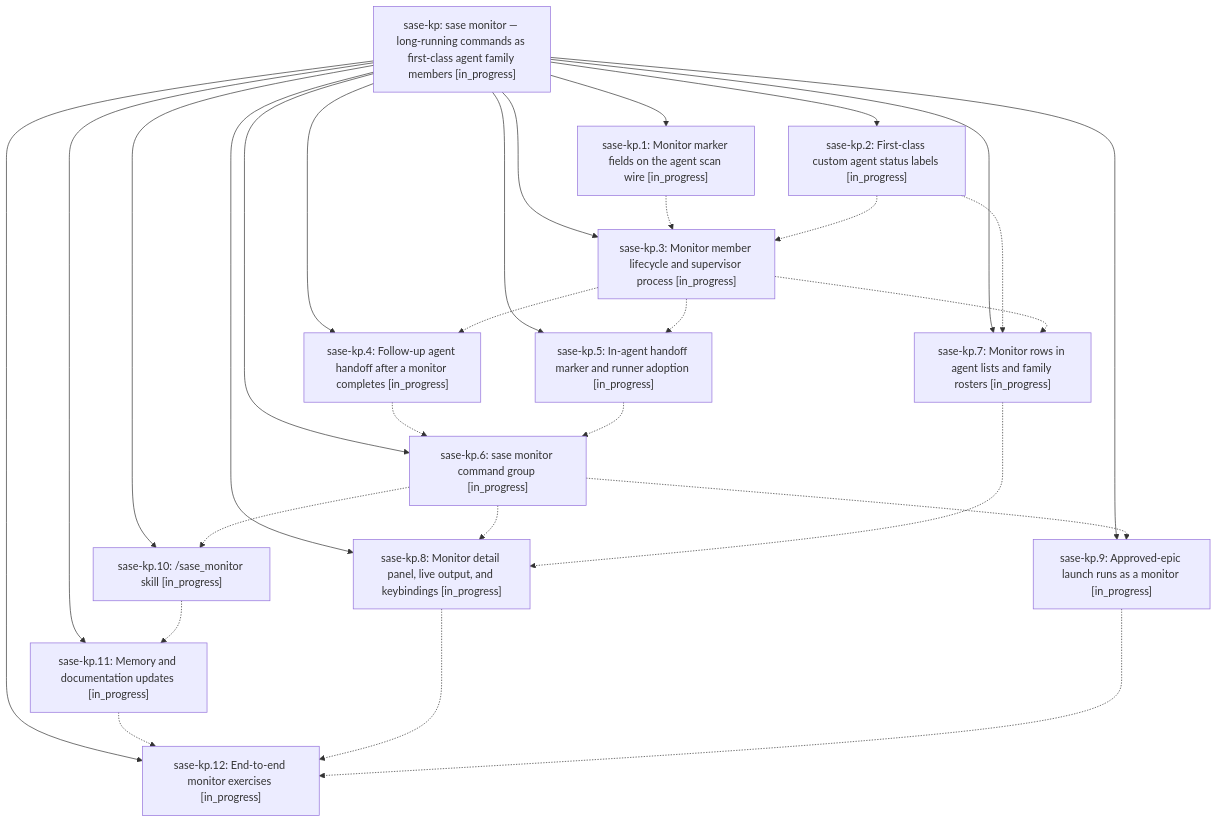
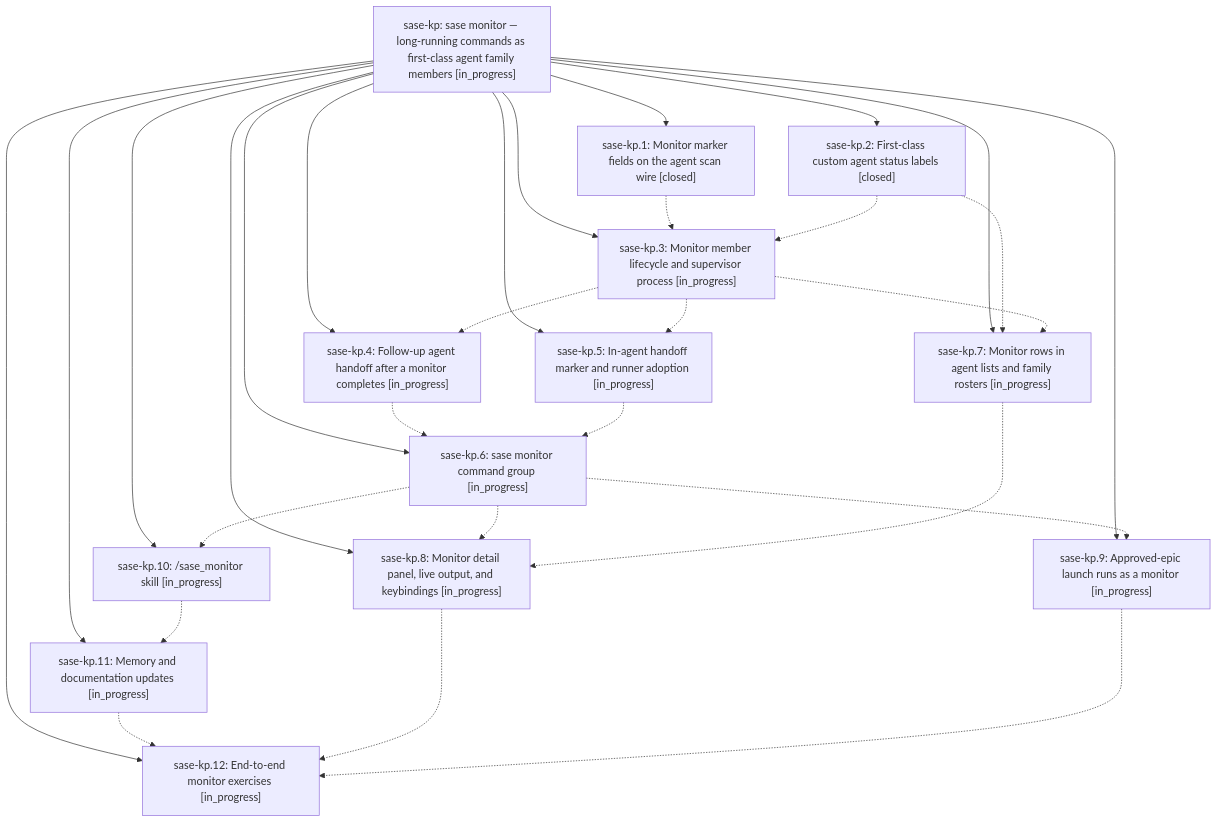
The diagram in pages/sase-kp/README.md (sase-org/sase--beads), drawn with Mermaid before and after one commit. The commit also changed other lines of this file and 4 other files, not shown here.

````diff
--- a/pages/sase-kp/README.md
+++ b/pages/sase-kp/README.md
@@ -33,44 +33,44 @@
 ```mermaid
 flowchart TD
     n0["sase-kp: sase monitor — long-running commands as first-class agent family members [in_progress]"]
-    n1["sase-kp.1: Monitor marker fields on the agent scan wire [in_progress]"]
+    n1["sase-kp.1: Monitor marker fields on the agent scan wire [closed]"]
     n2["sase-kp.10: /sase_monitor skill [in_progress]"]
     n3["sase-kp.11: Memory and documentation updates [in_progress]"]
     n4["sase-kp.12: End-to-end monitor exercises [in_progress]"]
-    n5["sase-kp.2: First-class custom agent status labels [in_progress]"]
+    n5["sase-kp.2: First-class custom agent status labels [closed]"]
     n6["sase-kp.3: Monitor member lifecycle and supervisor process [in_progress]"]
     n7["sase-kp.4: Follow-up agent handoff after a monitor completes [in_progress]"]
     n8["sase-kp.5: In-agent handoff marker and runner adoption [in_progress]"]
     n9["sase-kp.6: sase monitor command group [in_progress]"]
     n10["sase-kp.7: Monitor rows in agent lists and family rosters [in_progress]"]
     n11["sase-kp.8: Monitor detail panel, live output, and keybindings [in_progress]"]
     n12["sase-kp.9: Approved-epic launch runs as a monitor [in_progress]"]
     n0 --> n1
     n0 --> n2
     n0 --> n3
     n0 --> n4
     n0 --> n5
     n0 --> n6
     n0 --> n7
     n0 --> n8
     n0 --> n9
     n0 --> n10
     n0 --> n11
     n0 --> n12
     n1 -.-> n6
     n2 -.-> n3
     n3 -.-> n4
     n5 -.-> n6
     n5 -.-> n10
     n6 -.-> n7
     n6 -.-> n8
     n6 -.-> n10
     n7 -.-> n9
     n8 -.-> n9
     n9 -.-> n2
     n9 -.-> n11
     n9 -.-> n12
     n10 -.-> n11
     n11 -.-> n4
     n12 -.-> n4
 ```
````
